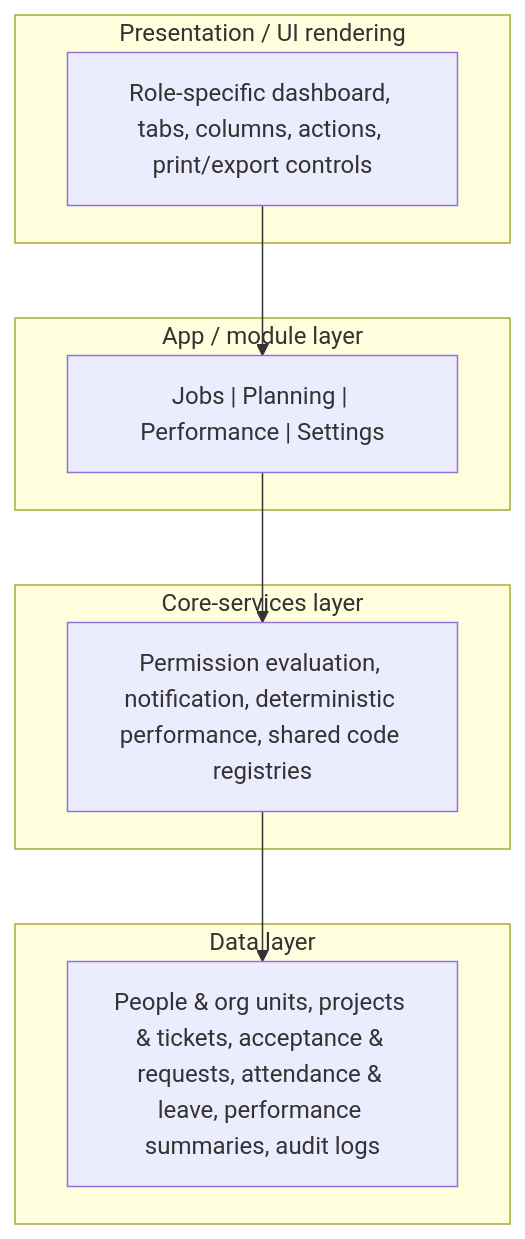
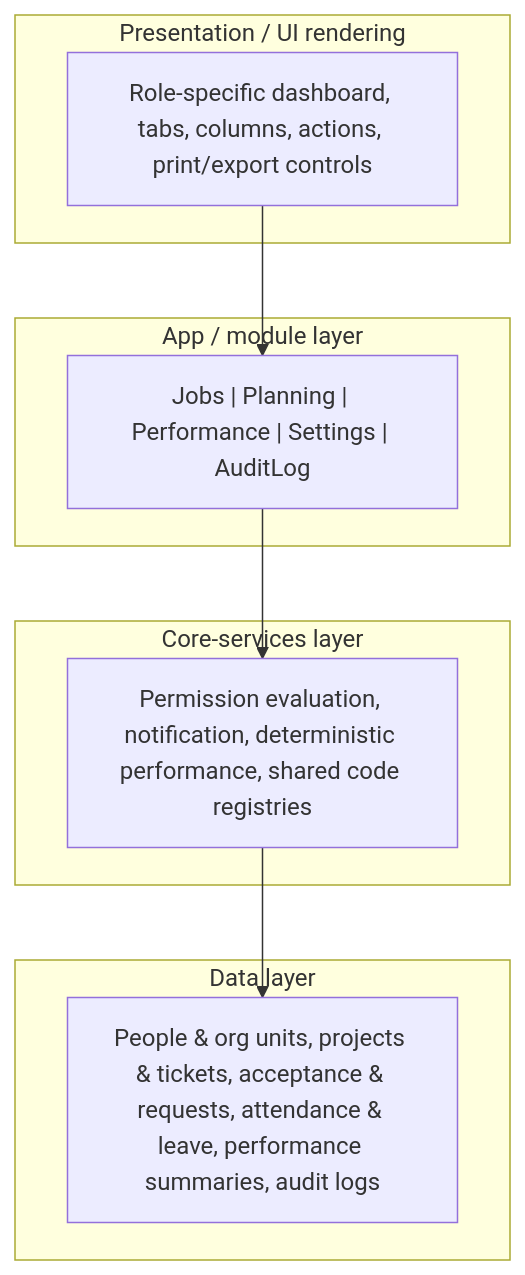
The second of 10 diagrams in SYSTEM_ARCHITECTURE_DIAGRAM.md (Lechcher/MES_project), drawn with Mermaid before and after one commit. The commit also changed other lines of this file and 18 other files, not shown here.

````diff
--- a/SYSTEM_ARCHITECTURE_DIAGRAM.md
+++ b/SYSTEM_ARCHITECTURE_DIAGRAM.md
@@ -55,22 +58,22 @@
 ```mermaid
 flowchart TB
     subgraph L1["Presentation / UI rendering"]
         UI["Role-specific dashboard, tabs, columns, actions, print/export controls"]
     end
 
     subgraph L2["App / module layer"]
-        APPS["Jobs | Planning | Performance | Settings"]
+        APPS["Jobs | Planning | Performance | Settings | AuditLog"]
     end
 
     subgraph L3["Core-services layer"]
         CORE["Permission evaluation, notification, deterministic performance, shared code registries"]
     end
 
     subgraph L4["Data layer"]
         DATA["People & org units, projects & tickets, acceptance & requests, attendance & leave, performance summaries, audit logs"]
     end
 
     UI --> APPS
     APPS --> CORE
     CORE --> DATA
 ```
````
